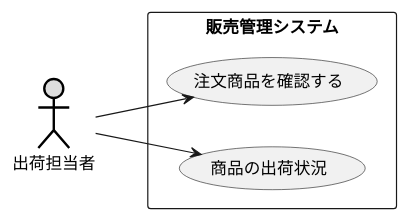
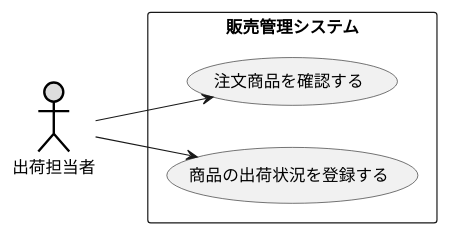
Before and after one commit to HIKAKINsan/uml-introduction: the diagram in 演習2-5_盛岡商事_販売管理システム.pu, drawn with PlantUML. The commit also changed 2 other files, not shown here.

```diff
--- a/演習2-5_盛岡商事_販売管理システム.pu
+++ b/演習2-5_盛岡商事_販売管理システム.pu
@@ -1,10 +1,10 @@
 @startuml 演習2-5
 left to right direction
 actor 出荷担当者 #DDDDDD;line:black;line.bold;
 rectangle 販売管理システム {
 usecase 注文商品を確認する
-usecase 商品の出荷状況
+usecase 商品の出荷状況を登録する
 }
 出荷担当者 --> 注文商品を確認する
-出荷担当者 --> 商品の出荷状況
+出荷担当者 --> 商品の出荷状況を登録する
 @enduml
```
